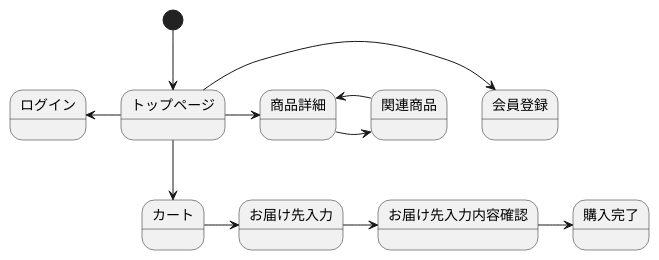
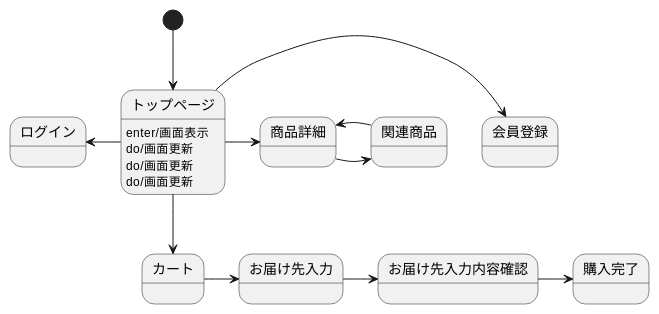
The diagram in 12.md (aso2001036/2021sys-design), drawn with PlantUML before and after one commit.

````diff
--- a/12.md
+++ b/12.md
@@ -1,14 +1,18 @@
 ```uml
 @startuml
 [*] --> トップページ
 トップページ -> 会員登録
 トップページ -left-> ログイン
 トップページ --> カート
 トップページ -> 商品詳細
+トップページ : enter/画面表示
+トップページ : do/画面更新
+トップページ : do/画面更新
+トップページ : do/画面更新
 商品詳細 -> 関連商品
 関連商品 -> 商品詳細
 カート -> お届け先入力
 お届け先入力 -> お届け先入力内容確認
 お届け先入力内容確認 -> 購入完了
 @enduml
 ```
````
